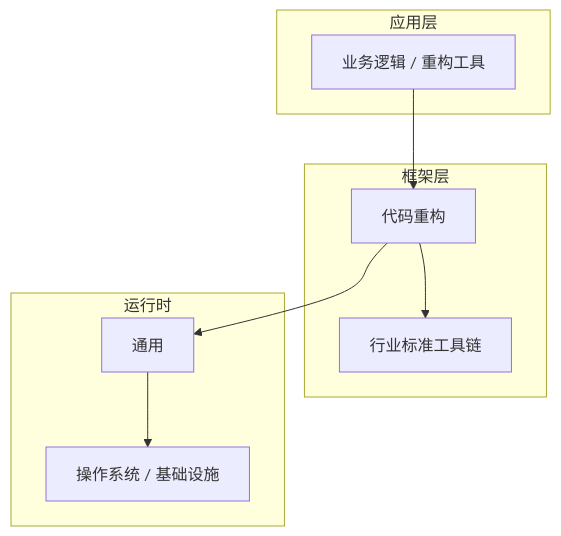
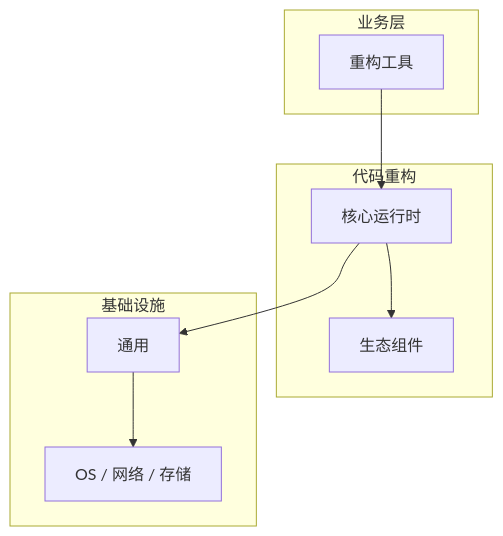
One commit to yanggan2015/knowledge-json-v2 changed the diagram in articles/代码重构/chapters/071-重构工具核心概念与原理.md. Above: the diagram before and after it, drawn with Mermaid. The commit also changed other lines of this file and 10127 other files, not shown here.

````diff
--- a/articles/代码重构/chapters/071-重构工具核心概念与原理.md
+++ b/articles/代码重构/chapters/071-重构工具核心概念与原理.md
@@ -45,18 +34,18 @@
 ```mermaid
 graph TB
-    subgraph 应用层
-        A[业务逻辑 / 重构工具]
+    subgraph 业务层
+        A[重构工具]
     end
-    subgraph 框架层
-        B[代码重构]
-        C[行业标准工具链]
+    subgraph 代码重构
+        B[核心运行时]
+        C[生态组件]
     end
-    subgraph 运行时
+    subgraph 基础设施
         D[通用]
-        E[操作系统 / 基础设施]
+        E[OS / 网络 / 存储]
     end
     A --> B
     B --> C
     B --> D
     D --> E
 ```
````
